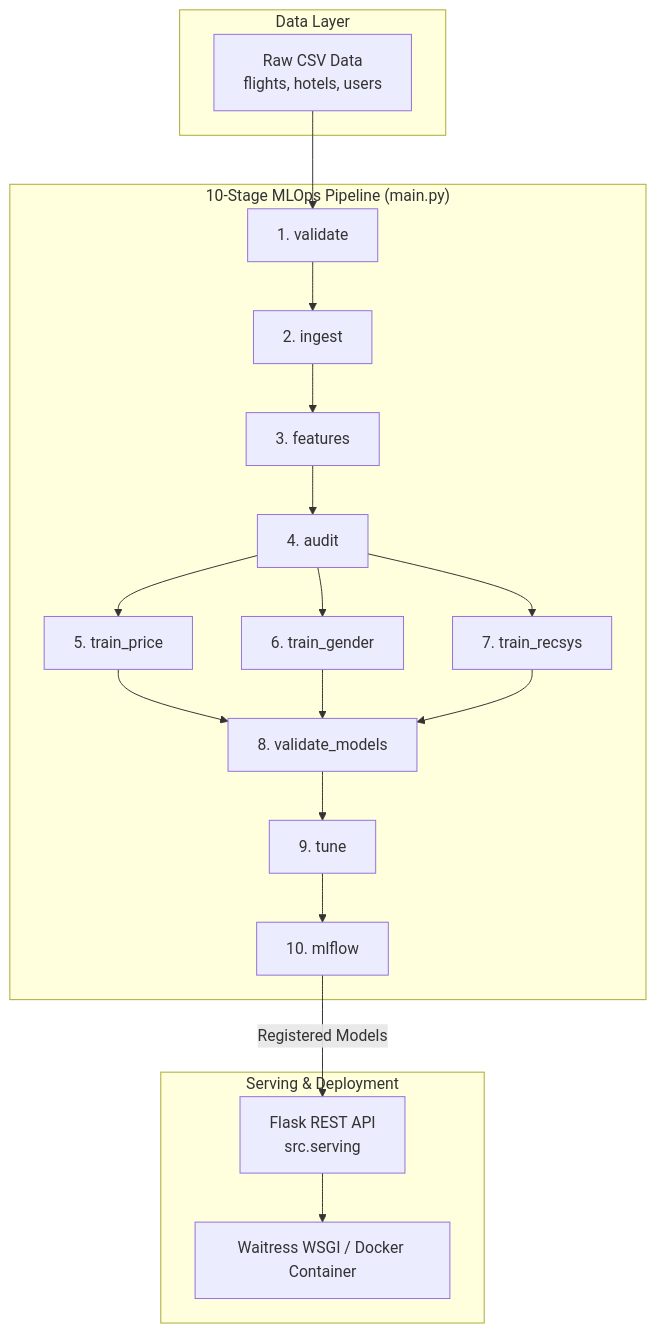
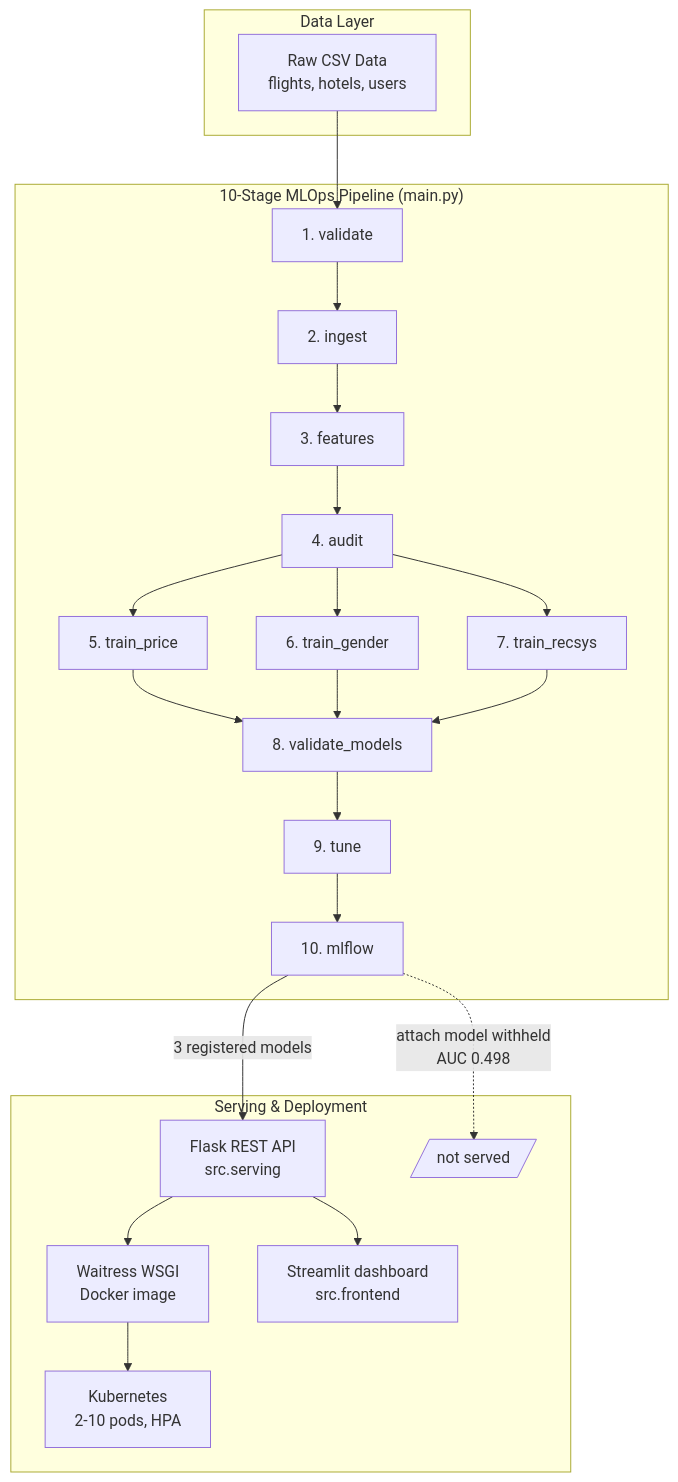
One commit to Arnab-Ghosh7/Voyage_Analytics changed the diagram in README.md. Above: the diagram before and after it, drawn with Mermaid. The commit also changed other lines of this file and 7 other files, not shown here.

Commit message:
Enhance Streamlit UI theme, Kubernetes manifests, and CI workflows

````diff
--- a/README.md
+++ b/README.md
@@ -15,25 +15,28 @@
 ```mermaid
 flowchart TD
     subgraph Data Layer
         A[Raw CSV Data<br/>flights, hotels, users]
     end
 
     subgraph Pipeline ["10-Stage MLOps Pipeline (main.py)"]
         B[1. validate] --> C[2. ingest]
         C --> D[3. features]
         D --> E[4. audit]
         E --> F1[5. train_price]
         E --> F2[6. train_gender]
         E --> F3[7. train_recsys]
         F1 & F2 & F3 --> G[8. validate_models]
         G --> H[9. tune]
         H --> I[10. mlflow]
     end
 
     subgraph Serving & Deployment
-        I -->|Registered Models| J[Flask REST API<br/>src.serving]
-        J --> K[Waitress WSGI / Docker Container]
+        I -->|3 registered models| J[Flask REST API<br/>src.serving]
+        I -.->|attach model withheld<br/>AUC 0.498| X[/not served/]
+        J --> K[Waitress WSGI<br/>Docker image]
+        K --> L[Kubernetes<br/>2-10 pods, HPA]
+        J --> M[Streamlit dashboard<br/>src.frontend]
     end
 
     A --> B
 ```
````
